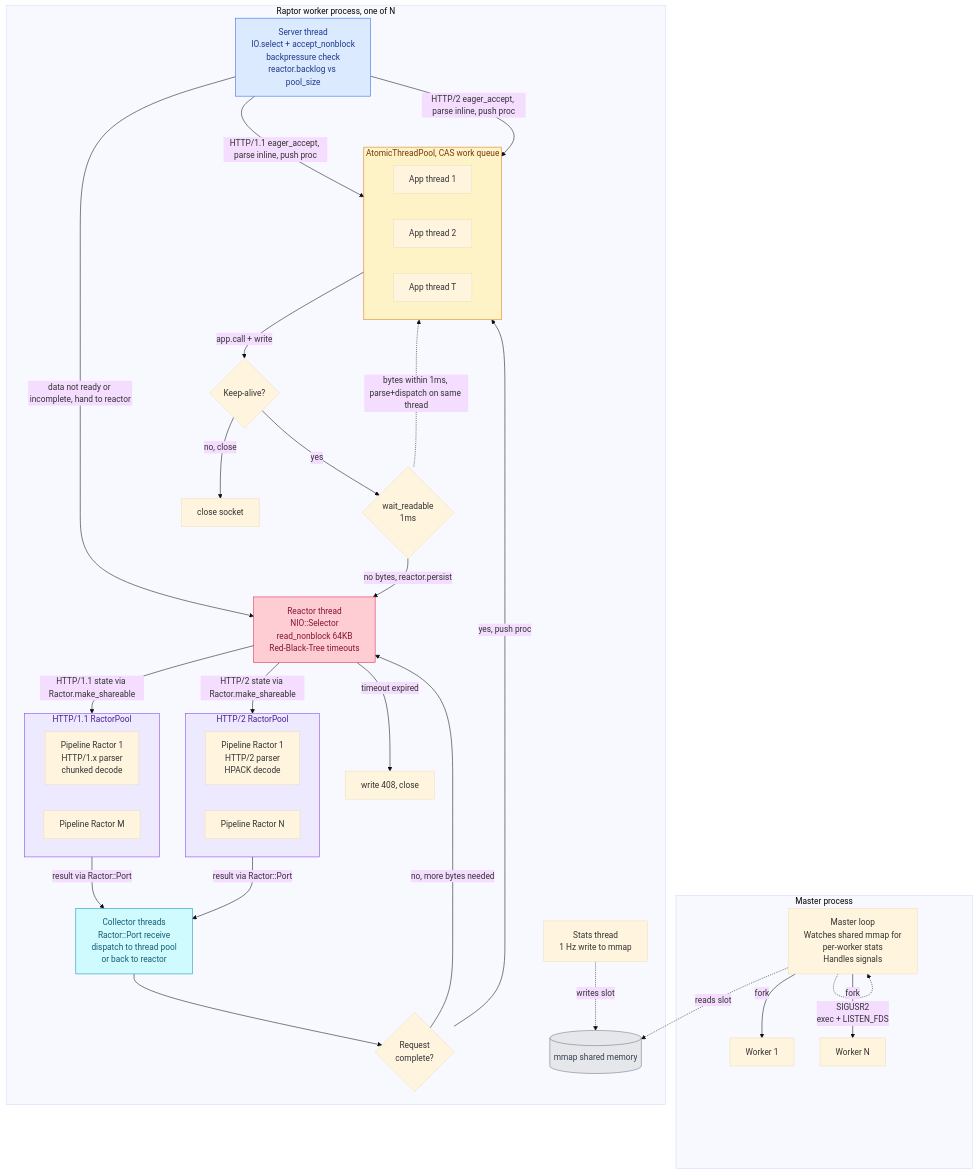
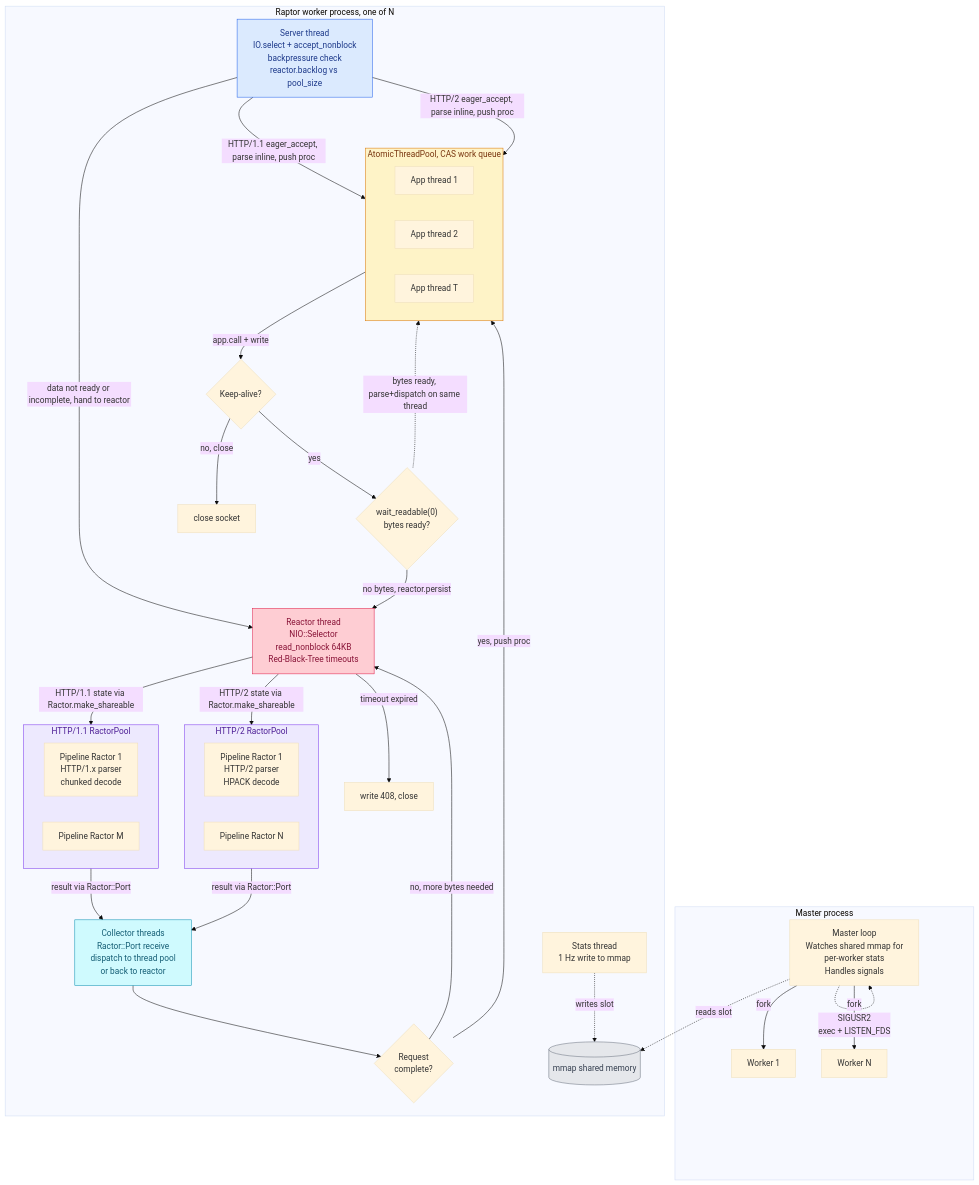
Before and after one commit to joshuay03/raptor: the second of 4 diagrams in docs/raptor-vs-puma.md, drawn with Mermaid (base theme). The commit also changed other lines of this file and 5 other files, not shown here.

````diff
--- a/docs/raptor-vs-puma.md
+++ b/docs/raptor-vs-puma.md
@@ -357,74 +357,74 @@
 ```mermaid
 flowchart TB
     subgraph Master["Master process"]
         MM["Master loop<br/>Watches shared mmap for<br/>per-worker stats<br/>Handles signals"]
         MM -->|"fork"| WK1["Worker 1"]
         MM -->|"fork"| WKN["Worker N"]
         MM -.->|"SIGUSR2<br/>exec + LISTEN_FDS"| MM
     end
 
     subgraph Worker["Raptor worker process, one of N"]
         SRV["Server thread<br/>IO.select + accept_nonblock<br/>backpressure check<br/>reactor.backlog vs pool_size"]
 
         RCT["Reactor thread<br/>NIO::Selector<br/>read_nonblock 64KB<br/>Red-Black-Tree timeouts"]
 
         subgraph RP1["HTTP/1.1 RactorPool"]
             RW1["Pipeline Ractor 1<br/>HTTP/1.x parser<br/>chunked decode"]
             RWM["Pipeline Ractor M"]
         end
 
         subgraph RP2["HTTP/2 RactorPool"]
             RW2["Pipeline Ractor 1<br/>HTTP/2 parser<br/>HPACK decode"]
             RWN["Pipeline Ractor N"]
         end
 
         COL["Collector threads<br/>Ractor::Port receive<br/>dispatch to thread pool<br/>or back to reactor"]
 
         subgraph ATP["AtomicThreadPool, CAS work queue"]
             TR1["App thread 1"]
             TR2["App thread 2"]
             TR3["App thread T"]
         end
 
         STA["Stats thread<br/>1 Hz write to mmap"]
 
         CHK{"Request<br/>complete?"}
         KA{"Keep-alive?"}
-        EAG{"wait_readable<br/>1ms"}
+        EAG{"wait_readable(0)<br/>bytes ready?"}
 
         SRV -->|"HTTP/1.1 eager_accept, parse inline, push proc"| ATP
         SRV -->|"HTTP/2 eager_accept, parse inline, push proc"| ATP
         SRV -->|"data not ready or incomplete, hand to reactor"| RCT
         RCT -->|"HTTP/1.1 state via Ractor.make_shareable"| RP1
         RCT -->|"HTTP/2 state via Ractor.make_shareable"| RP2
         RP1 -->|"result via Ractor::Port"| COL
         RP2 -->|"result via Ractor::Port"| COL
         COL --> CHK
         CHK -->|"no, more bytes needed"| RCT
         CHK -->|"yes, push proc"| ATP
         ATP -->|"app.call + write"| KA
         KA -->|"no, close"| CLS["close socket"]
         KA -->|"yes"| EAG
-        EAG -.->|"bytes within 1ms, parse+dispatch on same thread"| ATP
+        EAG -.->|"bytes ready, parse+dispatch on same thread"| ATP
         EAG -->|"no bytes, reactor.persist"| RCT
         RCT -->|"timeout expired"| TO["write 408, close"]
 
         STA -.->|"writes slot"| SHM[("mmap shared memory")]
     end
 
     MM -.->|"reads slot"| SHM
 
     classDef accept fill:#dbeafe,stroke:#2563eb,color:#1e3a8a
     classDef reactor fill:#fecdd3,stroke:#e11d48,color:#881337
     classDef parse fill:#ede9fe,stroke:#7c3aed,color:#4c1d95
     classDef pool fill:#fef3c7,stroke:#d97706,color:#78350f
     classDef collector fill:#cffafe,stroke:#0891b2,color:#155e75
     classDef storage fill:#e5e7eb,stroke:#6b7280,color:#374151
     class SRV accept
     class RCT reactor
     class RP1 parse
     class RP2 parse
     class ATP pool
     class COL collector
     class SHM storage
 ```
````
